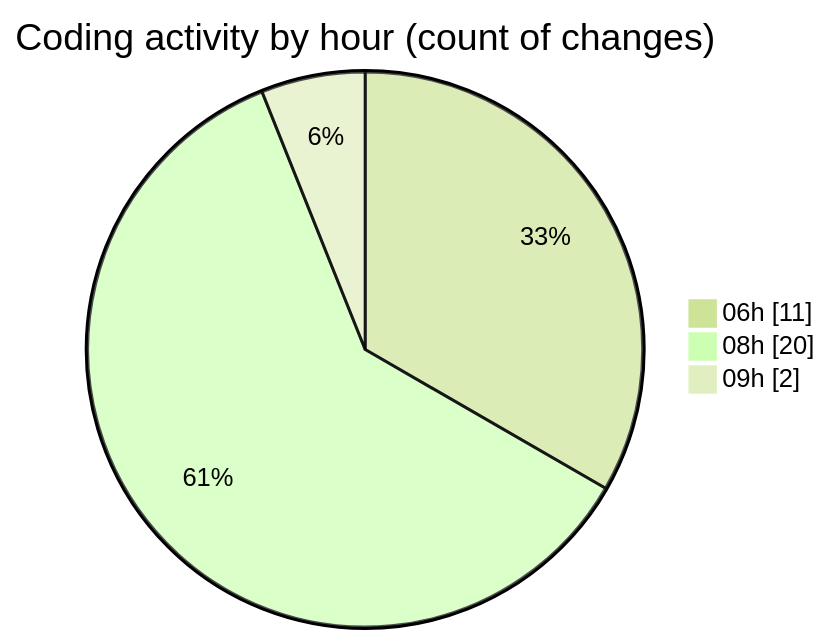
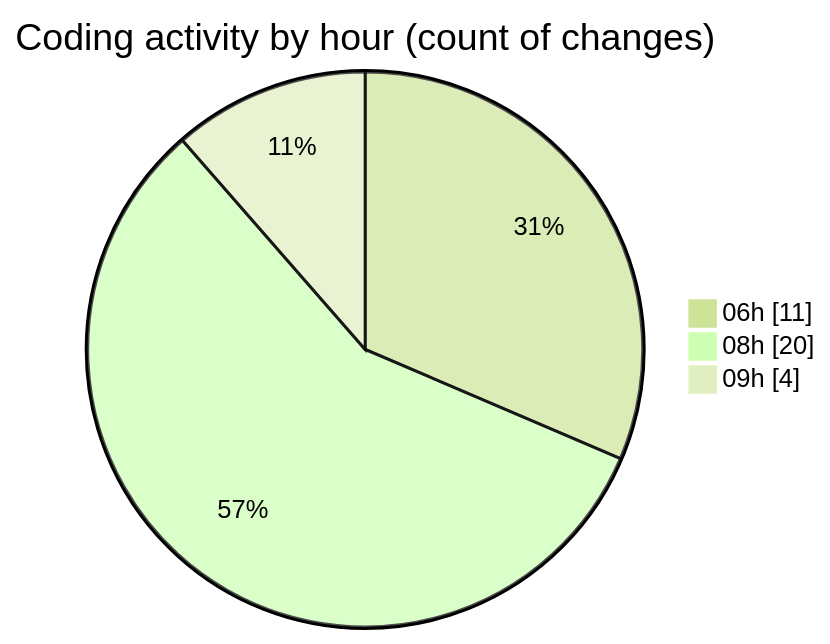
Before and after one commit to EIIisD/code-tracking: the second of 2 diagrams in 2025-08-04/tw-server/README.md, drawn with Mermaid (forest theme). The commit also changed other lines of this file and 1 other file, not shown here.

````diff
--- a/2025-08-04/tw-server/README.md
+++ b/2025-08-04/tw-server/README.md
@@ -37,7 +37,7 @@
 ```mermaid
 pie showData
 title Coding activity by hour (count of changes)
 "06h" : 11
 "08h" : 20
-"09h" : 2
+"09h" : 4
 ```
````
